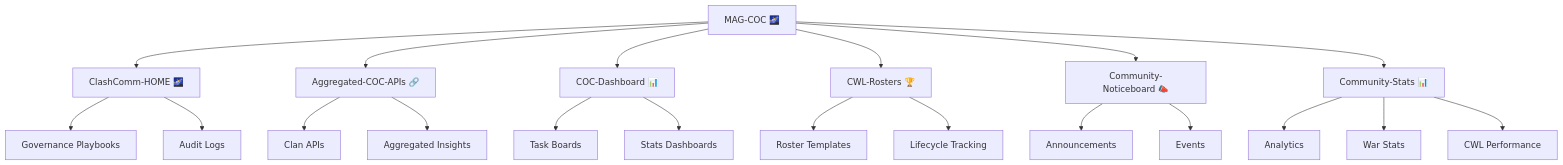
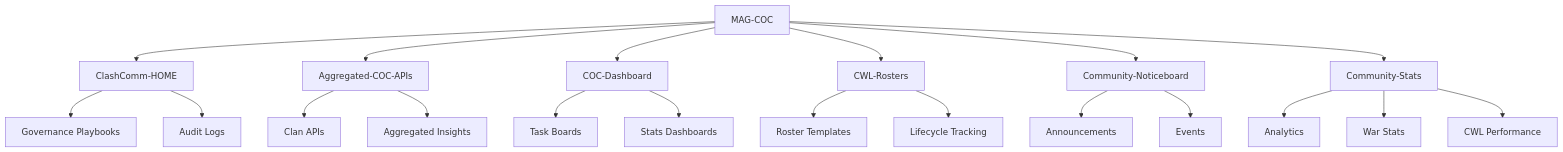
The third of 3 diagrams in README.md (MAG-COC/MAG-COC), drawn with Mermaid before and after one commit. The commit also changed other lines of this file, not shown here.

````diff
--- a/README.md
+++ b/README.md
@@ -88,28 +88,28 @@
 ```mermaid
 graph TD
-    A[MAG-COC 🌌] --> B[ClashComm-HOME 🌌]
-    A --> C[Aggregated-COC-APIs 🔗]
-    A --> D[COC-Dashboard 📊]
-    A --> E[CWL-Rosters 🏆]
-    A --> F[Community-Noticeboard 📣]
-    A --> G[Community-Stats 📊]
+    A[MAG-COC] --> B[ClashComm-HOME]
+    A --> C[Aggregated-COC-APIs]
+    A --> D[COC-Dashboard]
+    A --> E[CWL-Rosters]
+    A --> F[Community-Noticeboard]
+    A --> G[Community-Stats]
 
     B --> B1[Governance Playbooks]
     B --> B2[Audit Logs]
 
     C --> C1[Clan APIs]
     C --> C2[Aggregated Insights]
 
     D --> D1[Task Boards]
     D --> D2[Stats Dashboards]
 
     E --> E1[Roster Templates]
     E --> E2[Lifecycle Tracking]
 
     F --> F1[Announcements]
     F --> F2[Events]
 
     G --> G1[Analytics]
     G --> G2[War Stats]
     G --> G3[CWL Performance]
 ```
````
